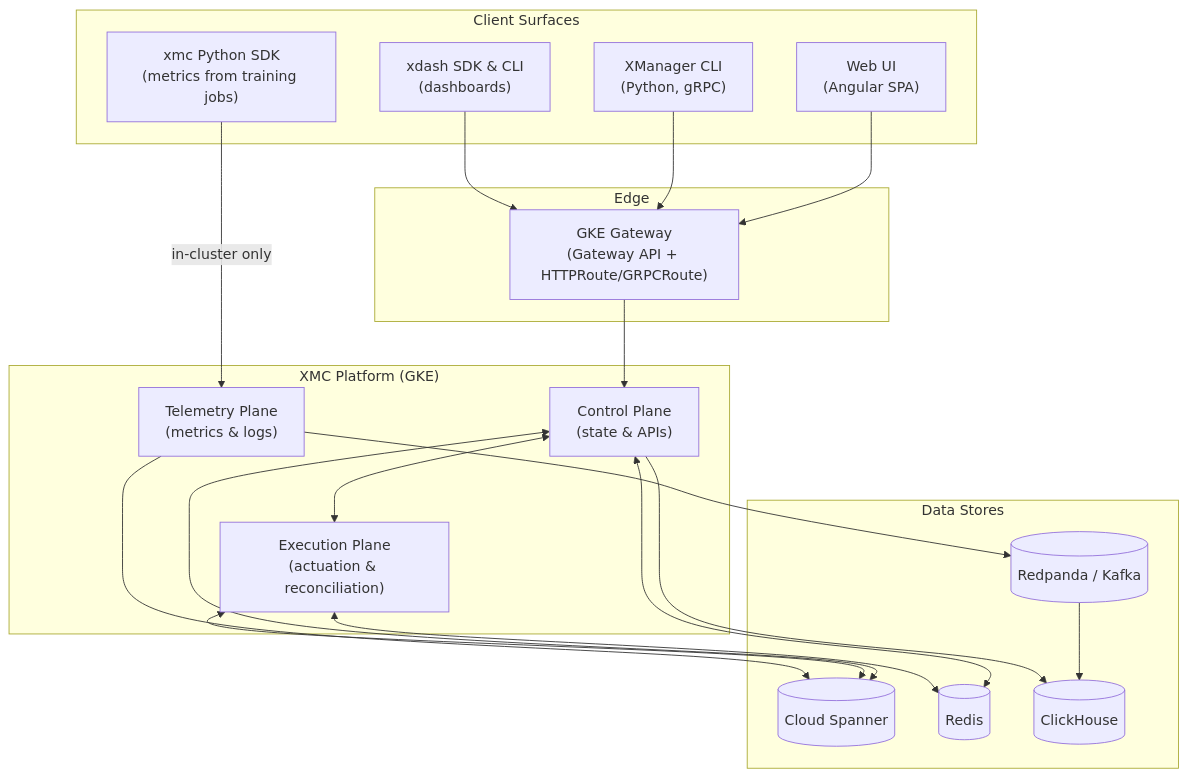
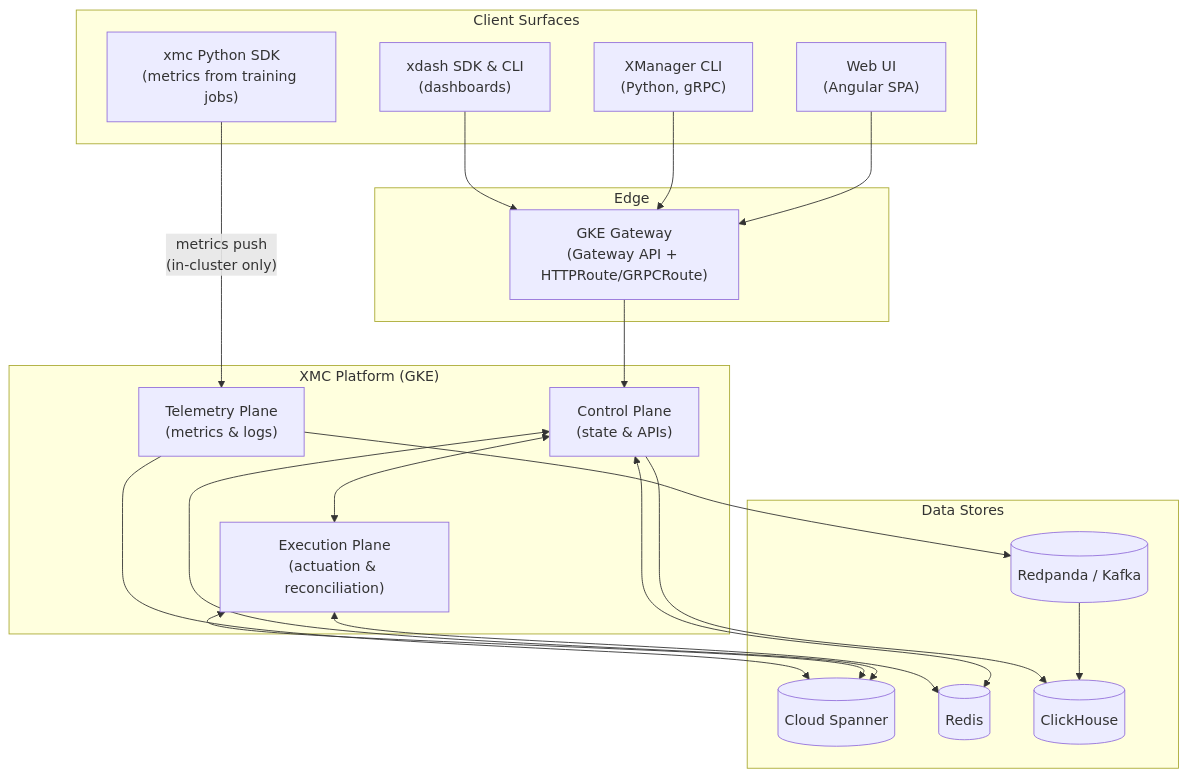
The second of 3 diagrams in docs/architecture/overview.md (google/xmc), drawn with Mermaid before and after one commit. The commit also changed other lines of this file and 4 other files, not shown here.

First line of the commit message:
docs(architecture): refresh docs after main merge and address review feedback

````diff
--- a/docs/architecture/overview.md
+++ b/docs/architecture/overview.md
@@ -61,42 +61,42 @@
 ```mermaid
 graph TD
     subgraph Clients["Client Surfaces"]
         UI["Web UI<br/>(Angular SPA)"]
         CLI["XManager CLI<br/>(Python, gRPC)"]
         SDK["xmc Python SDK<br/>(metrics from training jobs)"]
         XDASH["xdash SDK & CLI<br/>(dashboards)"]
     end
 
     subgraph Edge["Edge"]
         GW["GKE Gateway<br/>(Gateway API + HTTPRoute/GRPCRoute)"]
     end
 
     subgraph Platform["XMC Platform (GKE)"]
         CP["Control Plane<br/>(state & APIs)"]
         EP["Execution Plane<br/>(actuation & reconciliation)"]
         TP["Telemetry Plane<br/>(metrics & logs)"]
     end
 
     subgraph Data["Data Stores"]
         SP[("Cloud Spanner")]
         RD[("Redis")]
         CH[("ClickHouse")]
         RP[("Redpanda / Kafka")]
     end
 
     UI --> GW
     CLI --> GW
     XDASH --> GW
-    SDK -->|"in-cluster only"| TP
+    SDK -->|"metrics push<br/>(in-cluster only)"| TP
 
     GW --> CP
     CP <--> EP
     CP <--> SP
     EP <--> SP
     CP <--> RD
     EP <--> RD
     TP --> SP
     TP --> RP
     RP --> CH
     CP --> CH
 ```
````
